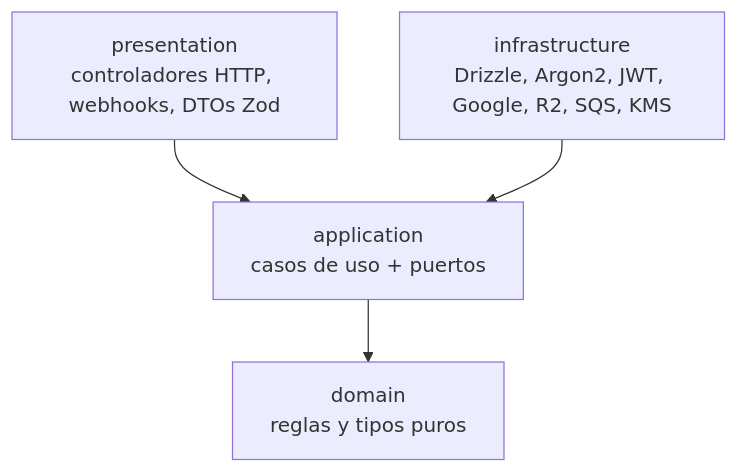
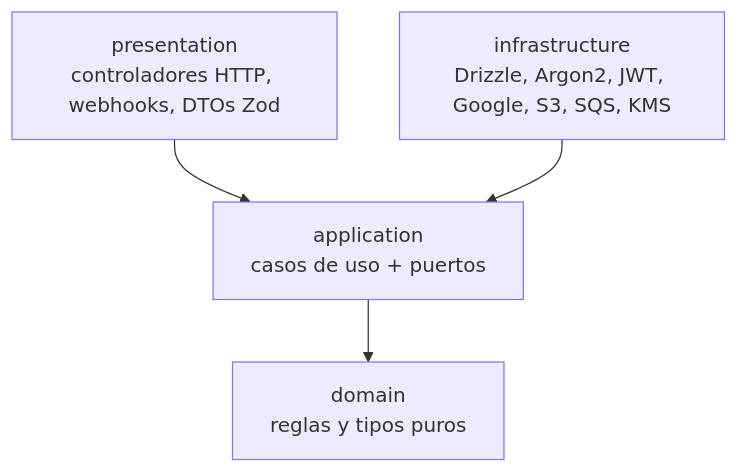
Before and after one commit to AldoRxz/Escala-Ticbo-backend: the second of 7 diagrams in docs/architecture/backend-design.md, drawn with Mermaid. The commit also changed other lines of this file and 2 other files, not shown here.

````diff
--- a/docs/architecture/backend-design.md
+++ b/docs/architecture/backend-design.md
@@ -111,6 +115,6 @@
 ```mermaid
 flowchart TB
   P[presentation<br/>controladores HTTP, webhooks, DTOs Zod] --> A
-  I[infrastructure<br/>Drizzle, Argon2, JWT, Google, R2, SQS, KMS] --> A
+  I[infrastructure<br/>Drizzle, Argon2, JWT, Google, S3, SQS, KMS] --> A
   A[application<br/>casos de uso + puertos] --> D[domain<br/>reglas y tipos puros]
 ```
````
